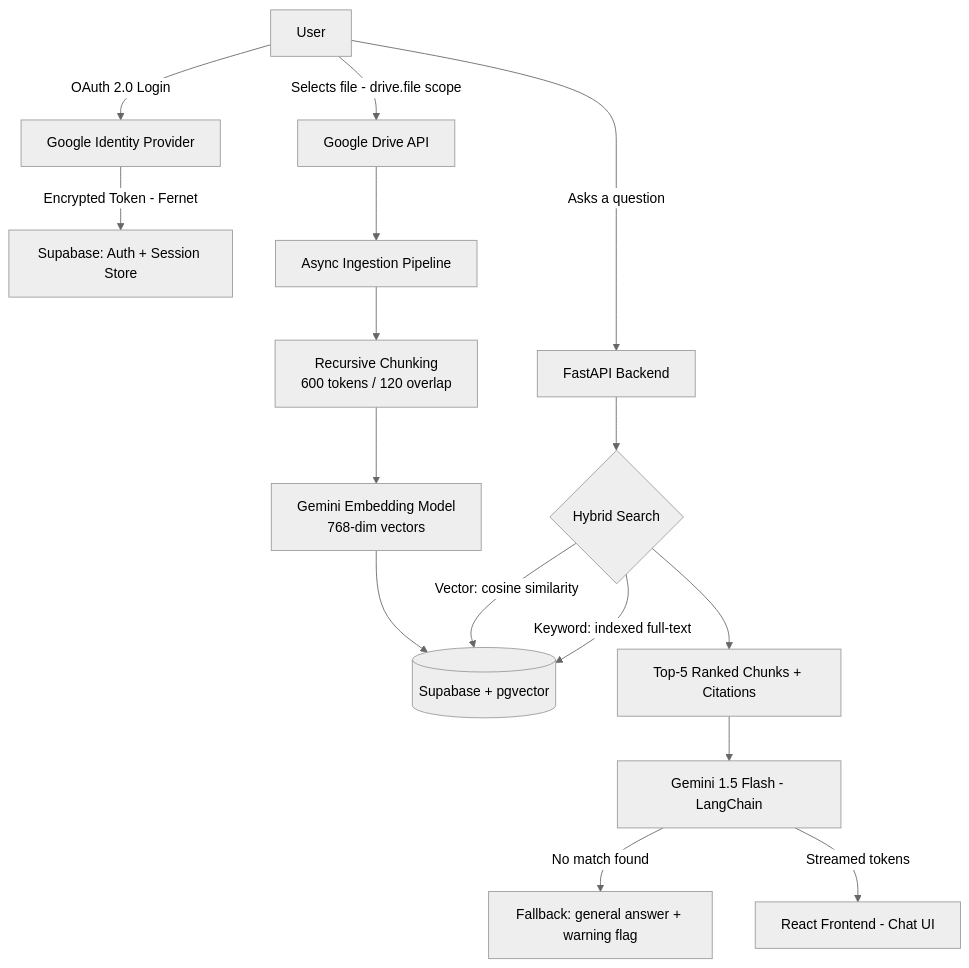
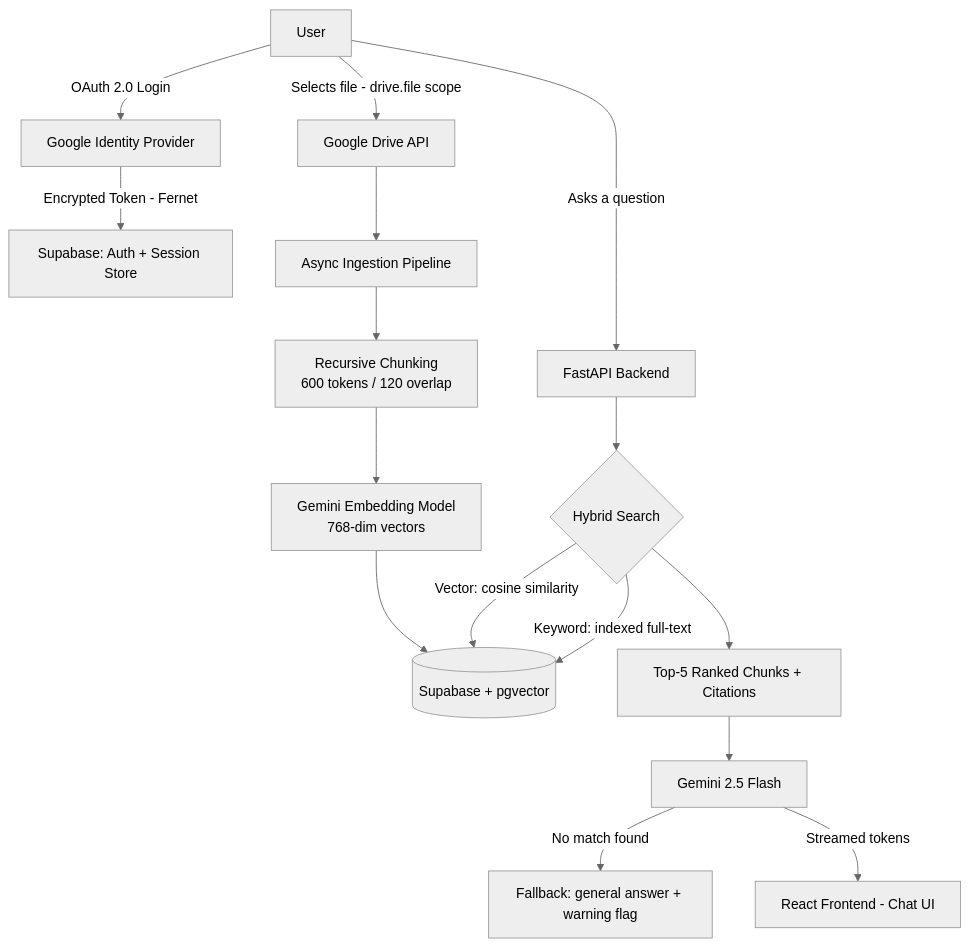
Before and after one commit to gargi-birwatkar/TarkaSmart: the diagram in README.md, drawn with Mermaid (neutral theme).

Commit message:
Update Gemini version in README

````diff
--- a/README.md
+++ b/README.md
@@ -50,19 +50,19 @@
 ```mermaid
 flowchart TD
     A[User] -->|OAuth 2.0 Login| B[Google Identity Provider]
     B -->|Encrypted Token - Fernet| C[Supabase: Auth + Session Store]
     A -->|Selects file - drive.file scope| D[Google Drive API]
     D --> E[Async Ingestion Pipeline]
     E --> F[Recursive Chunking<br/>600 tokens / 120 overlap]
     F --> G[Gemini Embedding Model<br/>768-dim vectors]
     G --> H[(Supabase + pgvector)]
 
     A -->|Asks a question| I[FastAPI Backend]
     I --> J{Hybrid Search}
     J -->|Vector: cosine similarity| H
     J -->|Keyword: indexed full-text| H
     J --> K[Top-5 Ranked Chunks + Citations]
-    K --> L[Gemini 1.5 Flash - LangChain]
+    K --> L[Gemini 2.5 Flash]
     L -->|No match found| M[Fallback: general answer + warning flag]
     L -->|Streamed tokens| N[React Frontend - Chat UI]
 ```
````
